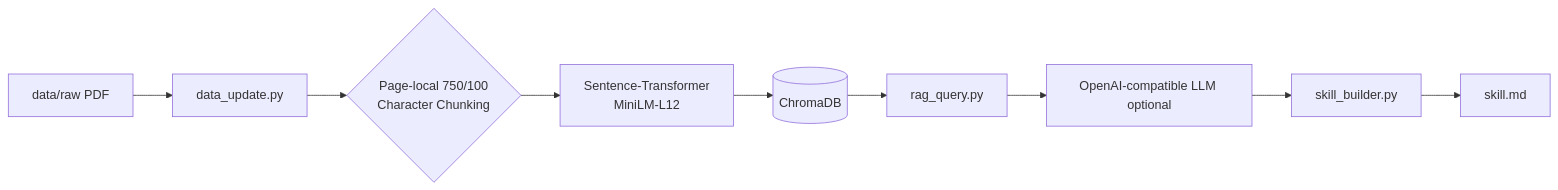
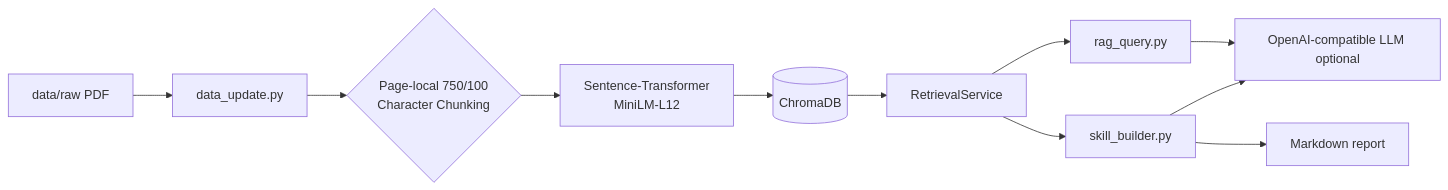
One commit to ken0419326/RAG-based-Research-Agent-Pipeline changed the diagram in README.md. Above: the diagram before and after it, drawn with Mermaid. The commit also changed other lines of this file and 6 other files, not shown here.

````diff
--- a/README.md
+++ b/README.md
@@ -13,11 +13,13 @@
 ```mermaid
 graph LR
     A[data/raw PDF] --> B[data_update.py]
     B --> C{Page-local 750/100\nCharacter Chunking}
     C --> D[Sentence-Transformer\nMiniLM-L12]
     D --> E[(ChromaDB)]
-    E --> F[rag_query.py]
-    F --> G[OpenAI-compatible LLM optional]
-    G --> H[skill_builder.py]
-    H --> I[skill.md]
+    E --> F[RetrievalService]
+    F --> G[rag_query.py]
+    F --> H[skill_builder.py]
+    G --> I[OpenAI-compatible LLM optional]
+    H --> I
+    H --> J[Markdown report]
 ```
````
